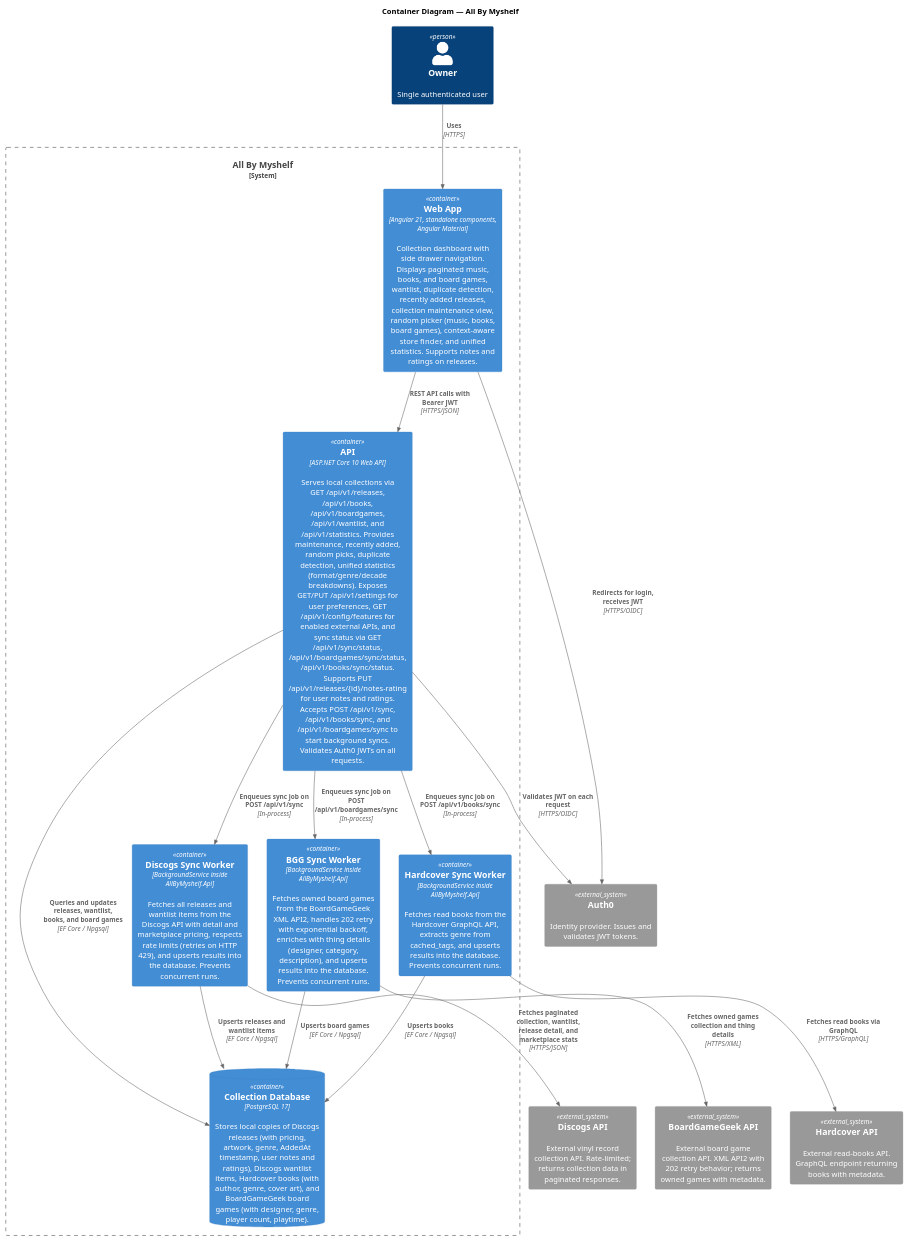
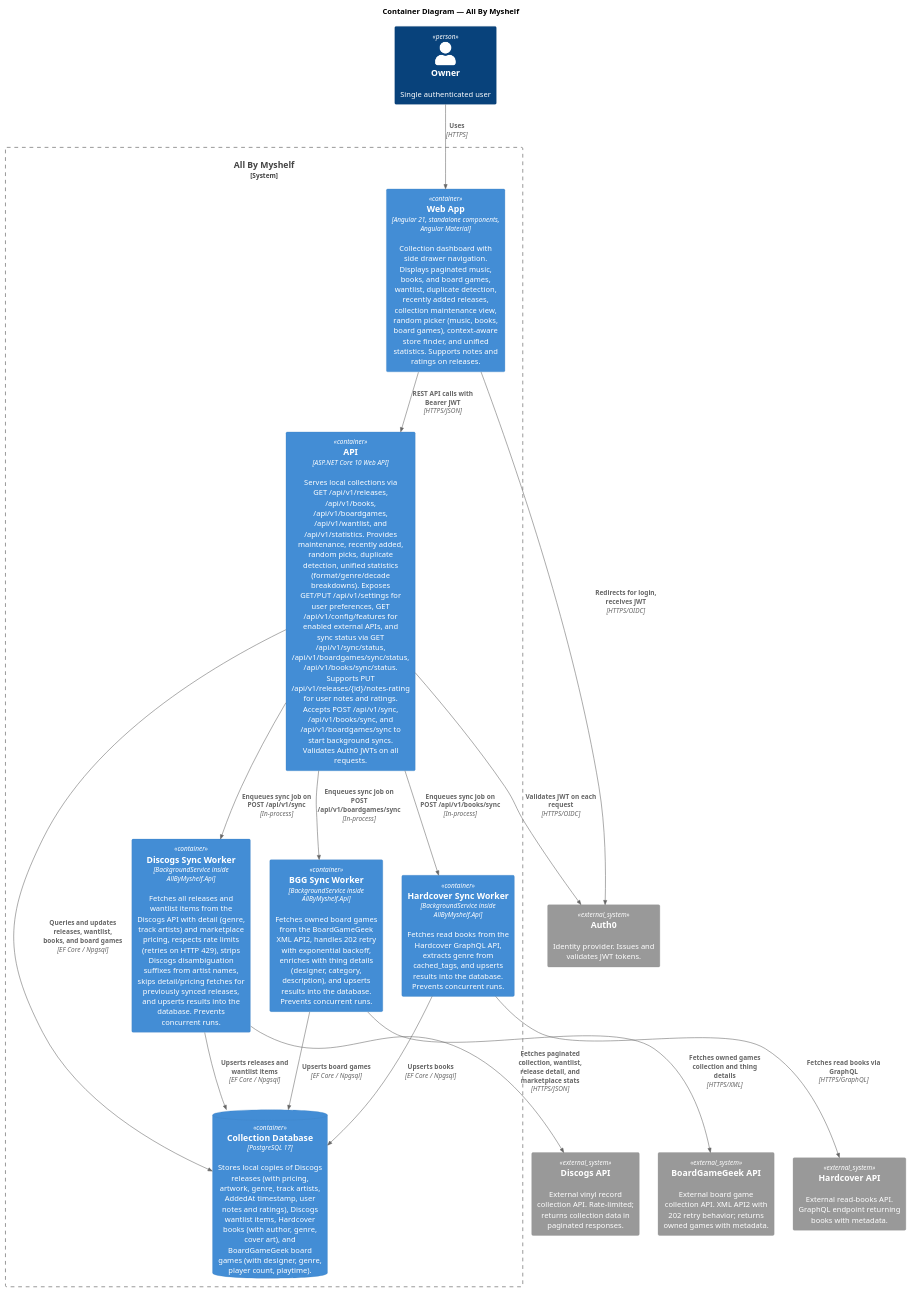
Before and after one commit to ronlease/All-By-Myshelf: the diagram in docs/c4/container.puml, drawn with PlantUML. The commit also changed 23 other files, not shown here.

First line of the commit message:
feat(ABM-069): music artist chips, track artist search, sort/page persistence, incremental sync (#54)

```diff
--- a/docs/c4/container.puml
+++ b/docs/c4/container.puml
@@ -1,42 +1,42 @@
 @startuml
 !include https://raw.githubusercontent.com/plantuml-stdlib/C4-PlantUML/master/C4_Container.puml
 
 title Container Diagram — All By Myshelf
 
 Person(user, "Owner", "Single authenticated user")
 
 System_Ext(auth0, "Auth0", "Identity provider. Issues and validates JWT tokens.")
 System_Ext(discogs, "Discogs API", "External vinyl record collection API. Rate-limited; returns collection data in paginated responses.")
 System_Ext(bgg, "BoardGameGeek API", "External board game collection API. XML API2 with 202 retry behavior; returns owned games with metadata.")
 System_Ext(hardcover, "Hardcover API", "External read-books API. GraphQL endpoint returning books with metadata.")
 
 System_Boundary(app, "All By Myshelf") {
     Container(web, "Web App", "Angular 21, standalone components, Angular Material", "Collection dashboard with side drawer navigation. Displays paginated music, books, and board games, wantlist, duplicate detection, recently added releases, collection maintenance view, random picker (music, books, board games), context-aware store finder, and unified statistics. Supports notes and ratings on releases.")
 
     Container(api, "API", "ASP.NET Core 10 Web API", "Serves local collections via GET /api/v1/releases, /api/v1/books, /api/v1/boardgames, /api/v1/wantlist, and /api/v1/statistics. Provides maintenance, recently added, random picks, duplicate detection, unified statistics (format/genre/decade breakdowns). Exposes GET/PUT /api/v1/settings for user preferences, GET /api/v1/config/features for enabled external APIs, and sync status via GET /api/v1/sync/status, /api/v1/boardgames/sync/status, /api/v1/books/sync/status. Supports PUT /api/v1/releases/{id}/notes-rating for user notes and ratings. Accepts POST /api/v1/sync, /api/v1/books/sync, and /api/v1/boardgames/sync to start background syncs. Validates Auth0 JWTs on all requests.")
 
-    Container(discogsSyncWorker, "Discogs Sync Worker", "BackgroundService inside AllByMyshelf.Api", "Fetches all releases and wantlist items from the Discogs API with detail and marketplace pricing, respects rate limits (retries on HTTP 429), and upserts results into the database. Prevents concurrent runs.")
+    Container(discogsSyncWorker, "Discogs Sync Worker", "BackgroundService inside AllByMyshelf.Api", "Fetches all releases and wantlist items from the Discogs API with detail (genre, track artists) and marketplace pricing, respects rate limits (retries on HTTP 429), strips Discogs disambiguation suffixes from artist names, skips detail/pricing fetches for previously synced releases, and upserts results into the database. Prevents concurrent runs.")
 
     Container(bggSyncWorker, "BGG Sync Worker", "BackgroundService inside AllByMyshelf.Api", "Fetches owned board games from the BoardGameGeek XML API2, handles 202 retry with exponential backoff, enriches with thing details (designer, category, description), and upserts results into the database. Prevents concurrent runs.")
 
     Container(hardcoverSyncWorker, "Hardcover Sync Worker", "BackgroundService inside AllByMyshelf.Api", "Fetches read books from the Hardcover GraphQL API, extracts genre from cached_tags, and upserts results into the database. Prevents concurrent runs.")
 
-    ContainerDb(db, "Collection Database", "PostgreSQL 17", "Stores local copies of Discogs releases (with pricing, artwork, genre, AddedAt timestamp, user notes and ratings), Discogs wantlist items, Hardcover books (with author, genre, cover art), and BoardGameGeek board games (with designer, genre, player count, playtime).")
+    ContainerDb(db, "Collection Database", "PostgreSQL 17", "Stores local copies of Discogs releases (with pricing, artwork, genre, track artists, AddedAt timestamp, user notes and ratings), Discogs wantlist items, Hardcover books (with author, genre, cover art), and BoardGameGeek board games (with designer, genre, player count, playtime).")
 }
 
 Rel(user, web, "Uses", "HTTPS")
 Rel(web, auth0, "Redirects for login, receives JWT", "HTTPS/OIDC")
 Rel(web, api, "REST API calls with Bearer JWT", "HTTPS/JSON")
 Rel(api, auth0, "Validates JWT on each request", "HTTPS/OIDC")
 Rel(api, discogsSyncWorker, "Enqueues sync job on POST /api/v1/sync", "In-process")
 Rel(api, bggSyncWorker, "Enqueues sync job on POST /api/v1/boardgames/sync", "In-process")
 Rel(api, hardcoverSyncWorker, "Enqueues sync job on POST /api/v1/books/sync", "In-process")
 Rel(bggSyncWorker, bgg, "Fetches owned games collection and thing details", "HTTPS/XML")
 Rel(bggSyncWorker, db, "Upserts board games", "EF Core / Npgsql")
 Rel(discogsSyncWorker, discogs, "Fetches paginated collection, wantlist, release detail, and marketplace stats", "HTTPS/JSON")
 Rel(hardcoverSyncWorker, hardcover, "Fetches read books via GraphQL", "HTTPS/GraphQL")
 Rel(discogsSyncWorker, db, "Upserts releases and wantlist items", "EF Core / Npgsql")
 Rel(hardcoverSyncWorker, db, "Upserts books", "EF Core / Npgsql")
 Rel(api, db, "Queries and updates releases, wantlist, books, and board games", "EF Core / Npgsql")
 
 @enduml
```
